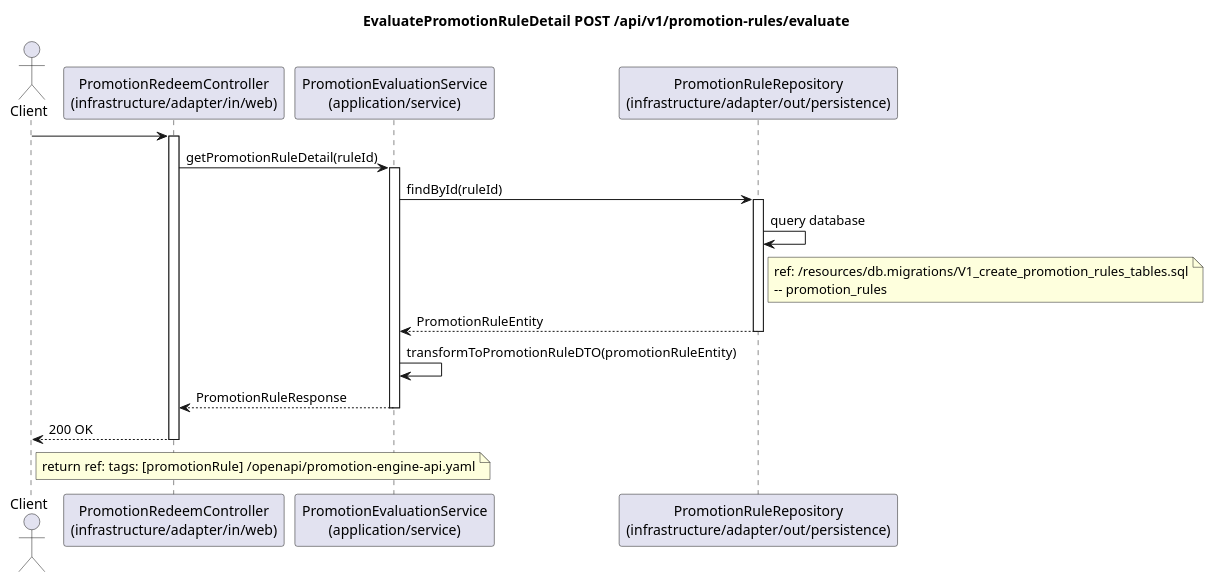
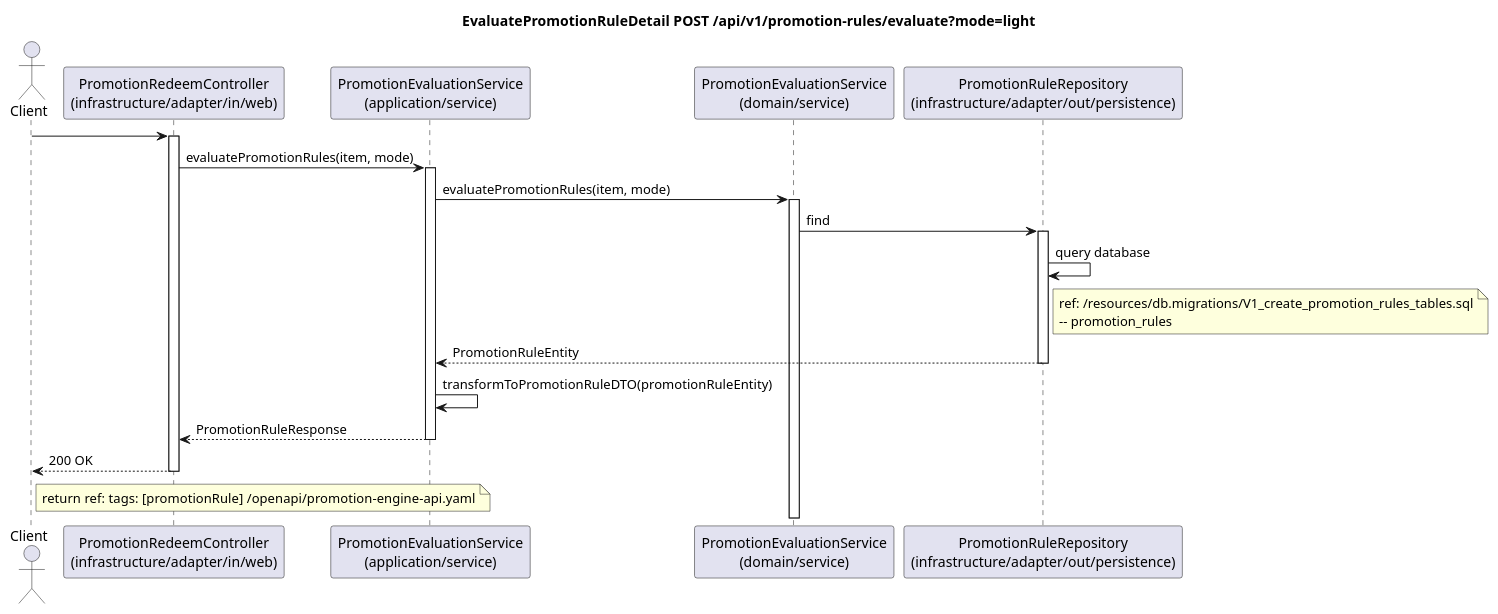
The diagram in src/main/resources/sequence-diagram/evaluate-promotion.puml (champ-sukra/clean-spring-boot), drawn with PlantUML before and after one commit. The commit also changed 33 other files, not shown here.

Commit message:
support get-rules with prepare rule data

```diff
--- a/src/main/resources/sequence-diagram/evaluate-promotion.puml
+++ b/src/main/resources/sequence-diagram/evaluate-promotion.puml
@@ -1,50 +1,62 @@
 @startuml
 'https://plantuml.com/sequence-diagram
 
-title EvaluatePromotionRuleDetail POST /api/v1/promotion-rules/evaluate
+title EvaluatePromotionRuleDetail POST /api/v1/promotion-rules/evaluate?mode=light
 
 actor Client
 participant "PromotionRedeemController\n(infrastructure/adapter/in/web)" as Controller
 participant "PromotionEvaluationService\n(application/service)" as Service
+participant "PromotionEvaluationService\n(domain/service)" as DomainService
 participant "PromotionRuleRepository\n(infrastructure/adapter/out/persistence)" as Repository
 
 Client -> Controller
 activate Controller
 'Controller -> Controller: validateQueryParams
 'alt invalid parameters
 '    Client <-- Controller: 400
 '    note right of Client
 '    {
 '      "code": "invalid_request",
 '      "message": "Invalid status value"
 '    }
 '    end note
 '    deactivate Controller
 'end
 
-Controller -> Service: getPromotionRuleDetail(ruleId)
+
+
+'RuleIndex -> RuleIndex: lookup SKU ruleIds\n( product_rule_map[sku] )
+'RuleIndex -> RuleIndex: lookup category ruleIds\n( category_rule_map[category] )
+'RuleIndex -> RuleIndex: lookup payment ruleIds\n( payment_rule_map[payment] )
+'RuleIndex -> RuleIndex: lookup segment ruleIds\n( segment_rule_map[segment] )
+
+
+Controller -> Service: evaluatePromotionRules(item, mode)
 activate Service
 
-Service -> Repository: findById(ruleId)
+Service -> DomainService: evaluatePromotionRules(item, mode)
+activate DomainService
+
+DomainService -> Repository: find
 activate Repository
 
 Repository -> Repository: query database
 note right of Repository
 ref: ~/resources/db.migrations/V1_create_promotion_rules_tables.sql
 -- promotion_rules
 end note
 
 Repository --> Service: PromotionRuleEntity
 deactivate Repository
 
 Service -> Service: transformToPromotionRuleDTO(promotionRuleEntity)
 Service --> Controller: PromotionRuleResponse
 deactivate Service
 
 Controller --> Client: 200 OK
 note right of Client
 return ref: tags: [promotionRule]  ~/openapi/promotion-engine-api.yaml
 end note
 deactivate Controller
 
 @enduml
```
